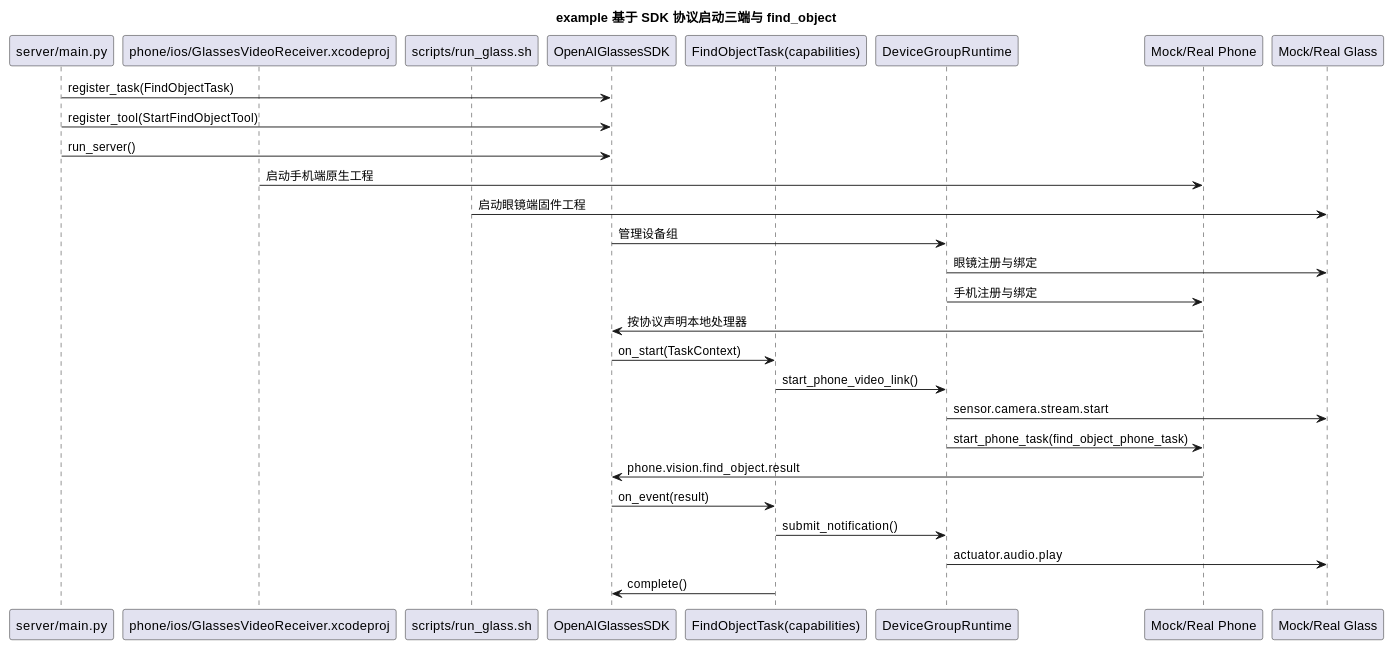
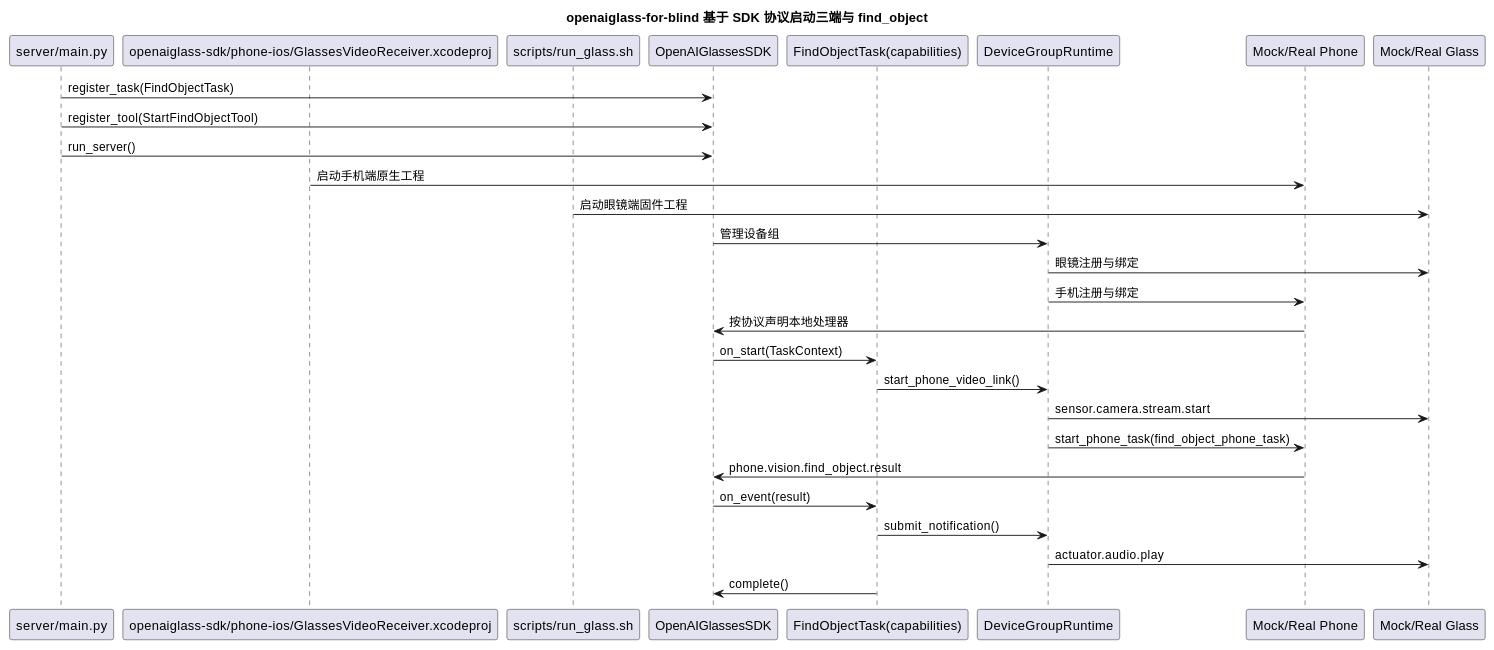
The second of 2 diagrams in openaiglass-sdk/docs/stage2/plan/第二期-SDK核心运行时与开发者扩展面产品化开发计划.md (HengeLiu/RealtimeAgent), drawn with PlantUML before and after one commit. The commit also changed other lines of this file and 41 other files, not shown here.

````diff
--- a/openaiglass-sdk/docs/stage2/plan/第二期-SDK核心运行时与开发者扩展面产品化开发计划.md
+++ b/openaiglass-sdk/docs/stage2/plan/第二期-SDK核心运行时与开发者扩展面产品化开发计划.md
@@ -801,34 +801,34 @@
 ```plantuml
 @startuml
-title example 基于 SDK 协议启动三端与 find_object
+title openaiglass-for-blind 基于 SDK 协议启动三端与 find_object
 
 participant "server/main.py" as SERVER
-participant "phone/ios/GlassesVideoReceiver.xcodeproj" as PHONE_APP
+participant "openaiglass-sdk/phone-ios/GlassesVideoReceiver.xcodeproj" as PHONE_APP
 participant "scripts/run_glass.sh" as GLASS_APP
 participant "OpenAIGlassesSDK" as SDK
 participant "FindObjectTask(capabilities)" as TASK
 participant "DeviceGroupRuntime" as DGR
 participant "Mock/Real Phone" as PHONE
 participant "Mock/Real Glass" as GLASS
 
 SERVER -> SDK : register_task(FindObjectTask)
 SERVER -> SDK : register_tool(StartFindObjectTool)
 SERVER -> SDK : run_server()
 PHONE_APP -> PHONE : 启动手机端原生工程
 GLASS_APP -> GLASS : 启动眼镜端固件工程
 SDK -> DGR : 管理设备组
 DGR -> GLASS : 眼镜注册与绑定
 DGR -> PHONE : 手机注册与绑定
 PHONE -> SDK : 按协议声明本地处理器
 SDK -> TASK : on_start(TaskContext)
 TASK -> DGR : start_phone_video_link()
 DGR -> GLASS : sensor.camera.stream.start
 DGR -> PHONE : start_phone_task(find_object_phone_task)
 PHONE -> SDK : phone.vision.find_object.result
 SDK -> TASK : on_event(result)
 TASK -> DGR : submit_notification()
 DGR -> GLASS : actuator.audio.play
 TASK -> SDK : complete()
 
 @enduml
 ```
````
